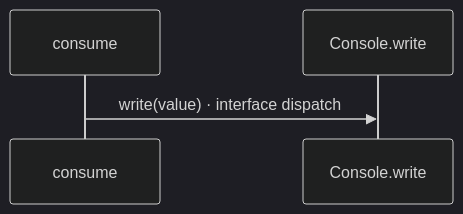
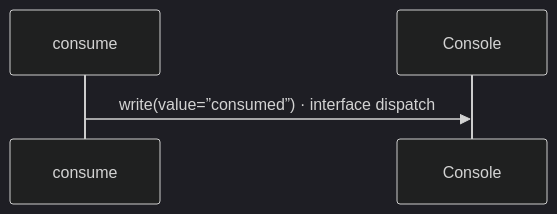
Before and after one commit to GreenPandaStudios/augscript: the fourth of 4 diagrams in docs/examples/ownership-transfer/resource-diagrams.md, drawn with Mermaid (dark theme). The commit also changed other lines of this file and 524 other files, not shown here.

Commit message:
Explain checked data flow at folder and service levels

````diff
--- a/docs/examples/ownership-transfer/resource-diagrams.md
+++ b/docs/examples/ownership-transfer/resource-diagrams.md
@@ -96,6 +88,6 @@
 ```mermaid
 sequenceDiagram
     participant p0 as consume
-    participant p1 as Console.write
-    p0->>p1: write(value) · interface dispatch
+    participant p1 as Console
+    p0->>p1: write(value=”consumed”) · interface dispatch
 ```
````
